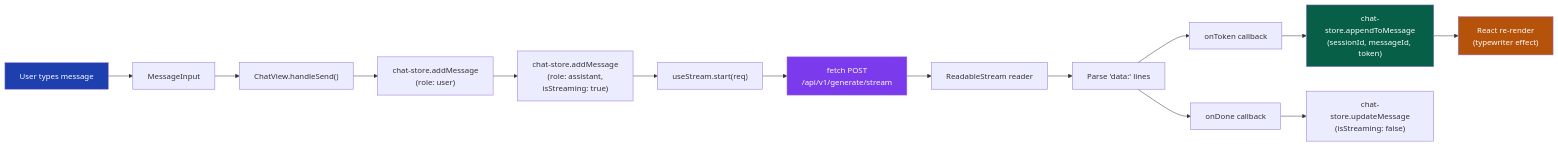
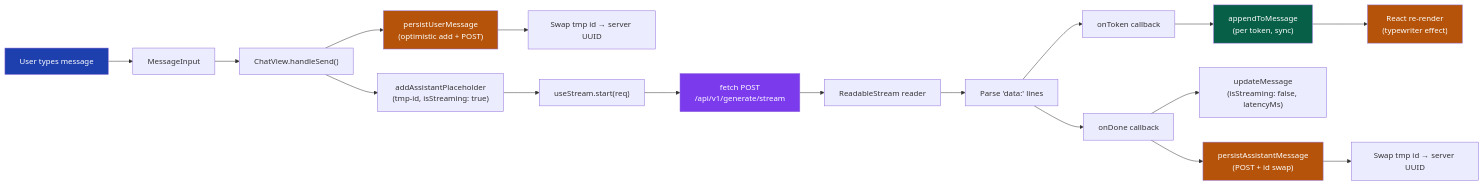
One commit to myckhel/prodigon changed the second of 4 diagrams in architecture/frontend-architecture.md. Above: the diagram before and after it, drawn with Mermaid. The commit also changed other lines of this file and 8 other files, not shown here.

Commit message:
prodigon V1: update architecture refs

````diff
--- a/architecture/frontend-architecture.md
+++ b/architecture/frontend-architecture.md
@@ -359,21 +519,26 @@
 ```mermaid
 graph LR
     UI["User types message"] --> MI["MessageInput"]
     MI --> CV["ChatView.handleSend()"]
-    CV --> AM1["chat-store.addMessage<br/>(role: user)"]
-    AM1 --> AM2["chat-store.addMessage<br/>(role: assistant,<br/>isStreaming: true)"]
-    AM2 --> US["useStream.start(req)"]
+    CV --> PUM["persistUserMessage<br/>(optimistic add + POST)"]
+    PUM --> IDS1["Swap tmp id → server UUID"]
+    CV --> AAP["addAssistantPlaceholder<br/>(tmp-id, isStreaming: true)"]
+    AAP --> US["useStream.start(req)"]
     US --> FP["fetch POST<br/>/api/v1/generate/stream"]
     FP --> RS["ReadableStream reader"]
     RS --> PD["Parse 'data:' lines"]
     PD --> OT["onToken callback"]
-    OT --> AP["chat-store.appendToMessage<br/>(sessionId, messageId, token)"]
+    OT --> AP["appendToMessage<br/>(per token, sync)"]
     AP --> RR["React re-render<br/>(typewriter effect)"]
     PD --> OD["onDone callback"]
-    OD --> UM["chat-store.updateMessage<br/>(isStreaming: false)"]
+    OD --> UM["updateMessage<br/>(isStreaming: false, latencyMs)"]
+    OD --> PAM["persistAssistantMessage<br/>(POST + id swap)"]
+    PAM --> IDS2["Swap tmp id → server UUID"]
 
     style UI fill:#1e40af,color:#fff
     style FP fill:#7c3aed,color:#fff
     style AP fill:#065f46,color:#fff
+    style PUM fill:#b45309,color:#fff
+    style PAM fill:#b45309,color:#fff
     style RR fill:#b45309,color:#fff
 ```
````
